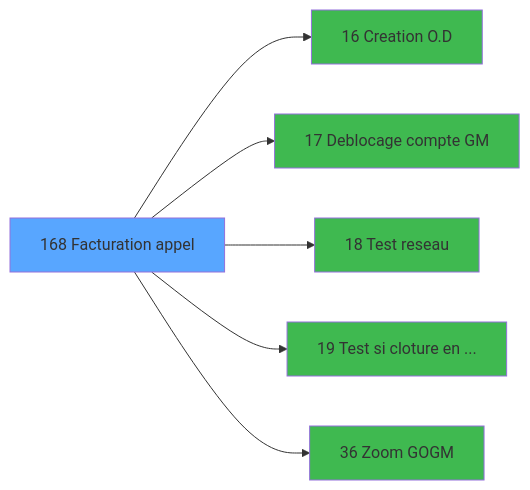
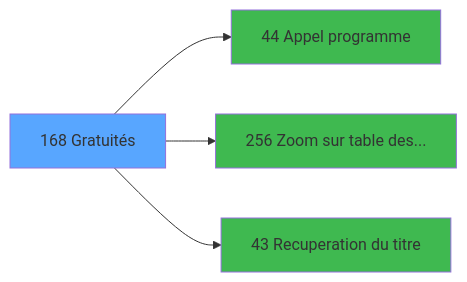
The fourth of 4 diagrams in .openspec/specs/ADH-IDE-168.md (thonyAGP/lecteur-magic), drawn with Mermaid before and after one commit. The commit also changed other lines of this file and 493 other files, not shown here.

````diff
--- a/.openspec/specs/ADH-IDE-168.md
+++ b/.openspec/specs/ADH-IDE-168.md
@@ -389,20 +1352,14 @@
 ```mermaid
 graph LR
-    T168[168 Facturation appel]
+    T168[168 Gratuités]
     style T168 fill:#58a6ff
-    C16[16 Creation O.D]
-    T168 --> C16
-    style C16 fill:#3fb950
-    C17[17 Deblocage compte GM]
-    T168 --> C17
-    style C17 fill:#3fb950
-    C18[18 Test reseau]
-    T168 --> C18
-    style C18 fill:#3fb950
-    C19[19 Test si cloture en ...]
-    T168 --> C19
-    style C19 fill:#3fb950
-    C36[36 Zoom GOGM]
-    T168 --> C36
-    style C36 fill:#3fb950
+    C44[44 Appel programme]
+    T168 --> C44
+    style C44 fill:#3fb950
+    C256[256 Zoom sur table des...]
+    T168 --> C256
+    style C256 fill:#3fb950
+    C43[43 Recuperation du titre]
+    T168 --> C43
+    style C43 fill:#3fb950
 ```
````
